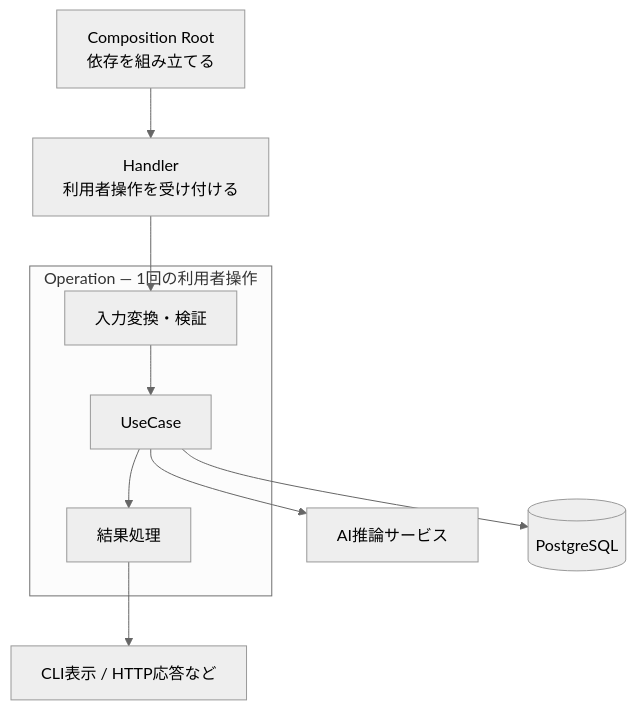
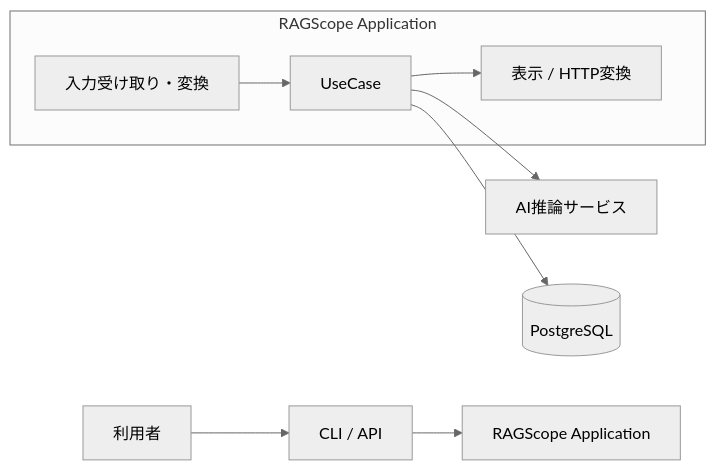
Before and after one commit to takashit16833/Workbench: the first of 7 diagrams in Notes/RAGScope/RAGScopeアプリケーション/RS-0023 Observability設計メモ.md, drawn with Mermaid (neutral theme). The commit also changed other lines of this file, not shown here.

````diff
--- a/Notes/RAGScope/RAGScopeアプリケーション/RS-0023 Observability設計メモ.md
+++ b/Notes/RAGScope/RAGScopeアプリケーション/RS-0023 Observability設計メモ.md
@@ -33,14 +28,13 @@
 ```mermaid
-flowchart TD
-    CR["Composition Root<br/>依存を組み立てる"] --> H["Handler<br/>利用者操作を受け付ける"]
+flowchart LR
+    USER["利用者"] --> IF["CLI / API"]
+    IF --> APP["RAGScope Application"]
 
-    subgraph OP["Operation — 1回の利用者操作"]
-        IN["入力変換・検証"] --> UC["UseCase"]
-        UC --> OUT["結果処理"]
+    subgraph APPFLOW["RAGScope Application"]
+        PRE["入力受け取り・変換"] --> UC["UseCase"]
+        UC --> POST["表示 / HTTP変換"]
     end
 
-    H --> IN
     UC --> AI["AI推論サービス"]
     UC --> DB[("PostgreSQL")]
-    OUT --> RET["CLI表示 / HTTP応答など"]
 ```
````
